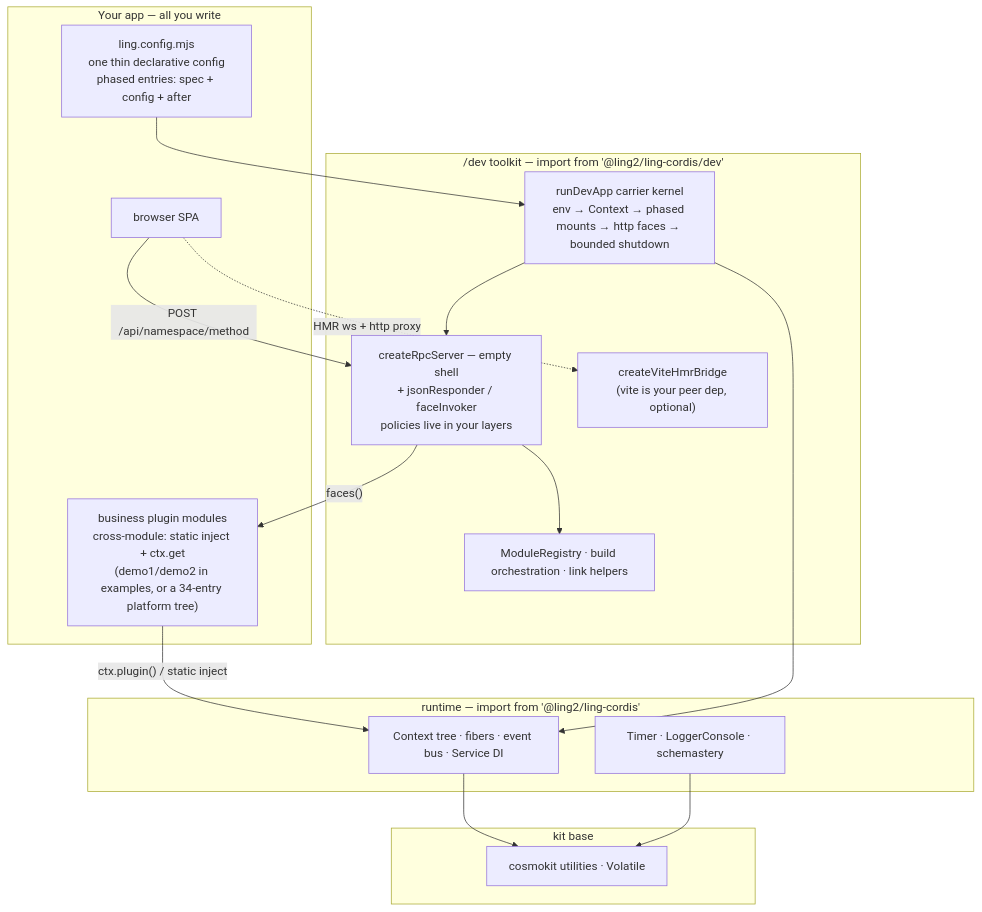
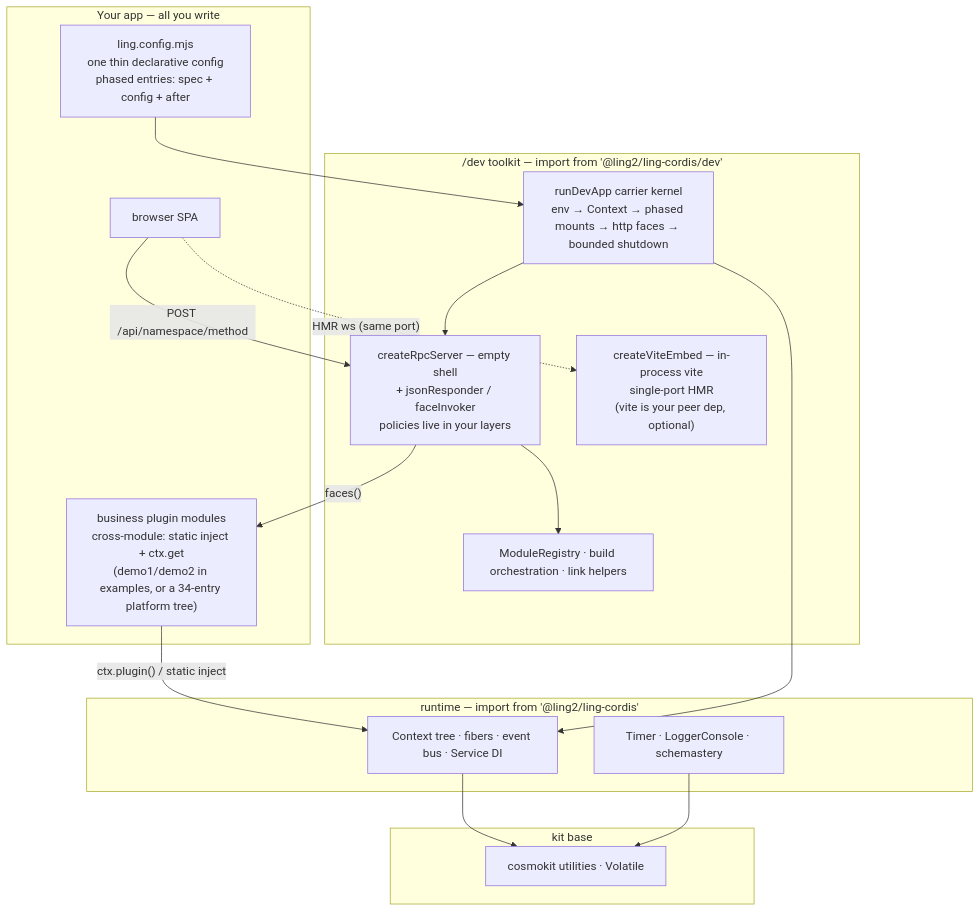
One commit to ling2-2y2/ling-cordis changed the diagram in README.md. Above: the diagram before and after it, drawn with Mermaid. The commit also changed other lines of this file and 25 other files, not shown here.

````diff
--- a/README.md
+++ b/README.md
@@ -21,32 +21,32 @@
 ```mermaid
 flowchart TD
   subgraph L4["Your app — all you write"]
     CFG["ling.config.mjs<br/>one thin declarative config<br/>phased entries: spec + config + after"]
     MOD["business plugin modules<br/>cross-module: static inject + ctx.get<br/>(demo1/demo2 in examples, or a 34-entry platform tree)"]
     FE["browser SPA"]
   end
   subgraph L3["/dev toolkit — import from '@ling2/ling-cordis/dev'"]
     KERNEL["runDevApp carrier kernel<br/>env → Context → phased mounts → http faces → bounded shutdown"]
     GW["createRpcServer — empty shell<br/>+ jsonResponder / faceInvoker<br/>policies live in your layers"]
-    HMR["createViteHmrBridge<br/>(vite is your peer dep, optional)"]
+    HMR["createViteEmbed — in-process vite<br/>single-port HMR<br/>(vite is your peer dep, optional)"]
     UTILS["ModuleRegistry · build orchestration · link helpers"]
   end
   subgraph L2["runtime — import from '@ling2/ling-cordis'"]
     CORE["Context tree · fibers · event bus · Service DI"]
     PLUGINS["Timer · LoggerConsole · schemastery"]
   end
   subgraph L1["kit base"]
     KIT["cosmokit utilities · Volatile"]
   end
 
   CFG --> KERNEL
   MOD -->|"ctx.plugin() / static inject"| CORE
   KERNEL --> GW
   KERNEL --> CORE
   GW --> UTILS
   FE -->|"POST /api/namespace/method"| GW
-  FE -.->|"HMR ws + http proxy"| HMR
+  FE -.->|"HMR ws (same port)"| HMR
   GW -->|"faces()"| MOD
   CORE --> KIT
   PLUGINS --> KIT
 ```
````
